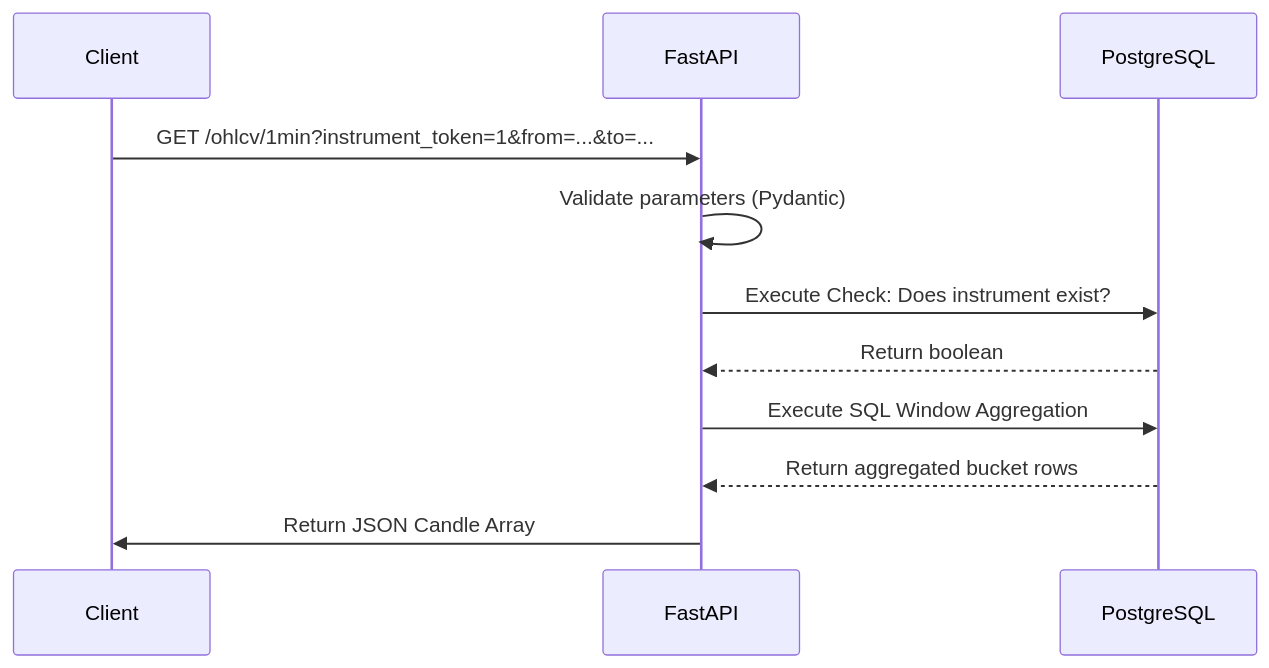
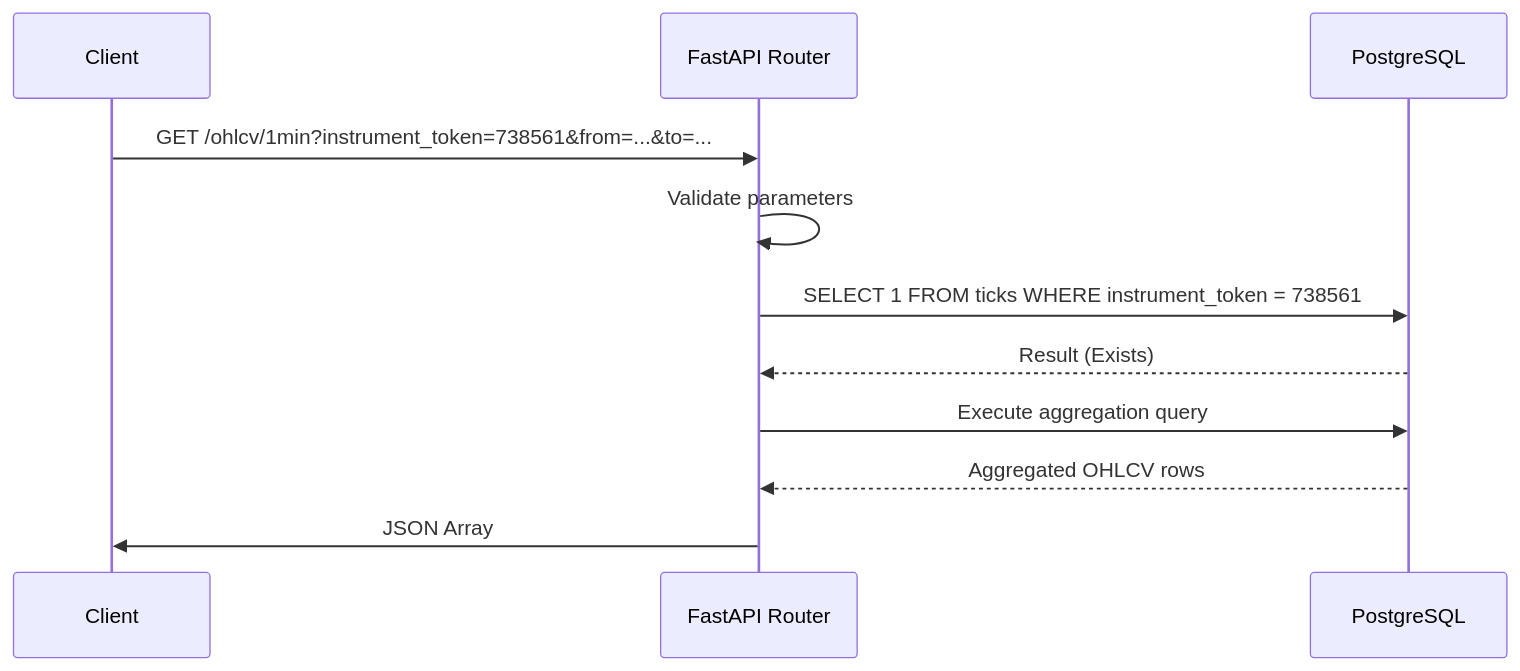
The second of 4 diagrams in ohlcv_service/README.md (JohnDoeShallLive/tradex-candle-service), drawn with Mermaid before and after one commit. The commit also changed other lines of this file, not shown here.

````diff
--- a/ohlcv_service/README.md
+++ b/ohlcv_service/README.md
@@ -87,14 +45,14 @@
 ```mermaid
 sequenceDiagram
     participant Client
-    participant FastAPI
-    participant PostgreSQL
+    participant API as FastAPI Router
+    participant DB as PostgreSQL
     
-    Client->>FastAPI: GET /ohlcv/1min?instrument_token=1&from=...&to=...
-    FastAPI->>FastAPI: Validate parameters (Pydantic)
-    FastAPI->>PostgreSQL: Execute Check: Does instrument exist?
-    PostgreSQL-->>FastAPI: Return boolean
-    FastAPI->>PostgreSQL: Execute SQL Window Aggregation
-    PostgreSQL-->>FastAPI: Return aggregated bucket rows
-    FastAPI->>Client: Return JSON Candle Array
+    Client->>API: GET /ohlcv/1min?instrument_token=738561&from=...&to=...
+    API->>API: Validate parameters
+    API->>DB: SELECT 1 FROM ticks WHERE instrument_token = 738561
+    DB-->>API: Result (Exists)
+    API->>DB: Execute aggregation query
+    DB-->>API: Aggregated OHLCV rows
+    API->>Client: JSON Array
 ```
````
